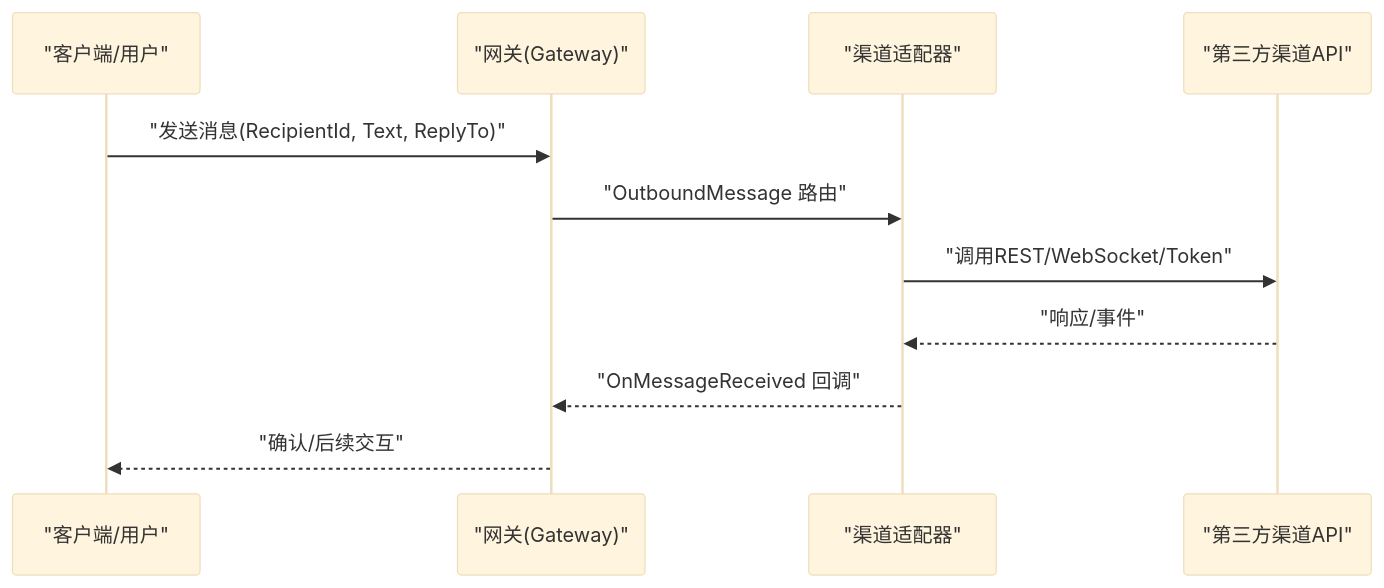
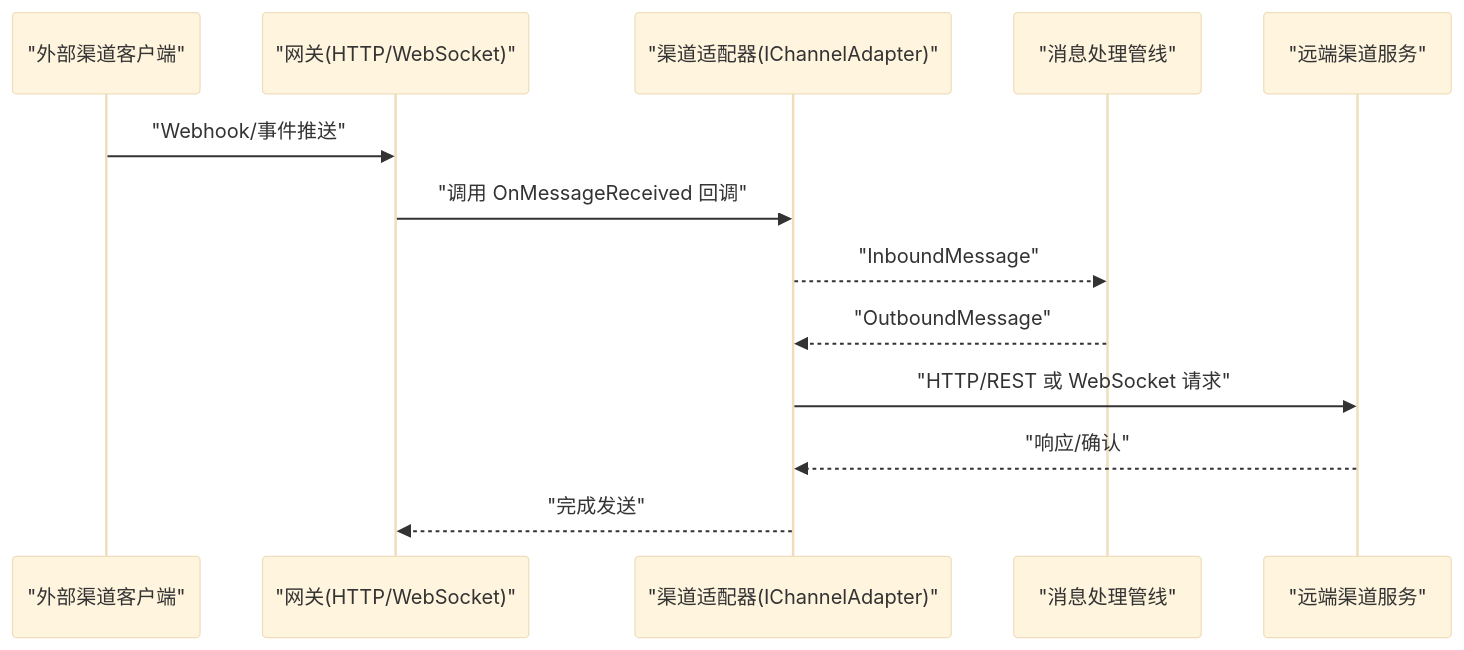
The second of 9 diagrams in .qoder/repowiki/zh/content/通信渠道/通信渠道.md (wayyet/kingcrab), drawn with Mermaid (base theme) before and after one commit. The commit also changed other lines of this file and 173 other files, not shown here.

````diff
--- a/.qoder/repowiki/zh/content/通信渠道/通信渠道.md
+++ b/.qoder/repowiki/zh/content/通信渠道/通信渠道.md
@@ -108,13 +107,15 @@
 ```mermaid
 sequenceDiagram
-participant Client as "客户端/用户"
-participant GW as "网关(Gateway)"
-participant CH as "渠道适配器"
-participant API as "第三方渠道API"
-Client->>GW : "发送消息(RecipientId, Text, ReplyTo)"
-GW->>CH : "OutboundMessage 路由"
-CH->>API : "调用REST/WebSocket/Token"
-API-->>CH : "响应/事件"
-CH-->>GW : "OnMessageReceived 回调"
-GW-->>Client : "确认/后续交互"
+participant Client as "外部渠道客户端"
+participant GW as "网关(HTTP/WebSocket)"
+participant Adapter as "渠道适配器(IChannelAdapter)"
+participant Pipeline as "消息处理管线"
+participant Remote as "远端渠道服务"
+Client->>GW : "Webhook/事件推送"
+GW->>Adapter : "调用 OnMessageReceived 回调"
+Adapter-->>Pipeline : "InboundMessage"
+Pipeline-->>Adapter : "OutboundMessage"
+Adapter->>Remote : "HTTP/REST 或 WebSocket 请求"
+Remote-->>Adapter : "响应/确认"
+Adapter-->>GW : "完成发送"
 ```
````
